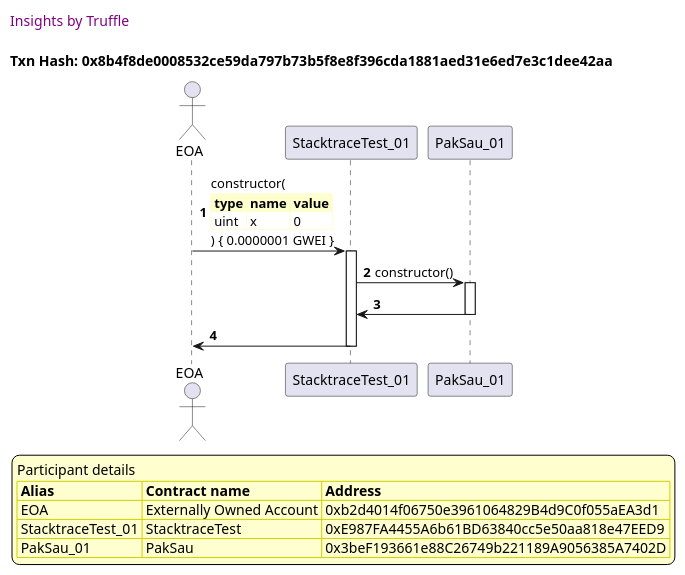
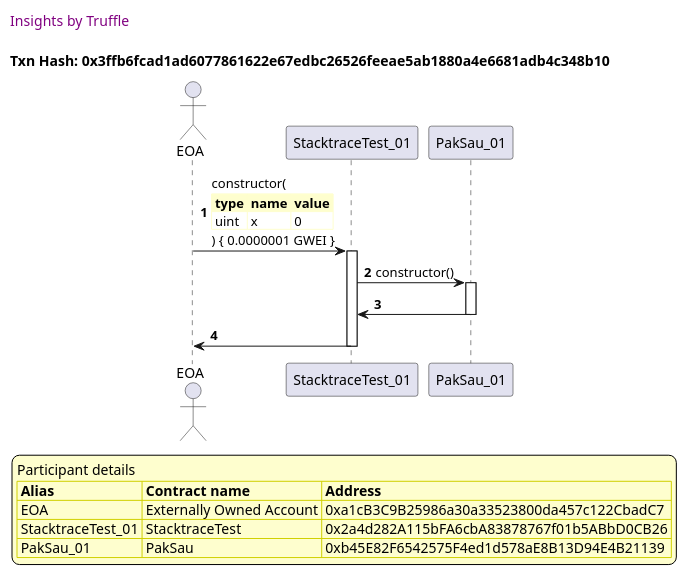
One commit to trufflesuite/txlog-seedlings changed the seventh of 10 diagrams in truffle-seq/stacktrace.test.md. Above: the diagram before and after it, drawn with PlantUML. The commit also changed other lines of this file and 8 other files, not shown here.

````diff
--- a/truffle-seq/stacktrace.test.md
+++ b/truffle-seq/stacktrace.test.md
@@ -391,44 +391,44 @@
 ```plantuml
 
 
 @startuml
 
 autonumber
 skinparam legendBackgroundColor #FEFECE
 
 <style>
       header {
         HorizontalAlignment left
         FontColor purple
         FontSize 14
         Padding 10
       }
     </style>
 
 header Insights by Truffle
 
-title Txn Hash: 0x8b4f8de0008532ce59da797b73b5f8e8f396cda1881aed31e6ed7e3c1dee42aa
+title Txn Hash: 0x3ffb6fcad1ad6077861622e67edbc26526feeae5ab1880a4e6681adb4c348b10
 
 
 actor EOA as "EOA"
 participant StacktraceTest_01 as "StacktraceTest_01"
 participant PakSau_01 as "PakSau_01"
 
 "EOA" -> "StacktraceTest_01" ++: constructor(\n\
 <#FEFECE,#FEFECE>|= type |= name |= value |\n\
 | uint | x | 0 |\n\
 ) { 0.0000001 GWEI }
 "StacktraceTest_01" -> "PakSau_01" ++: constructor()
 "PakSau_01" -> "StacktraceTest_01" --: 
 "StacktraceTest_01" -> "EOA" --: 
 
 legend
 Participant details
 <#FEFECE,#D0D000>|= Alias |= Contract name |= Address |
-<#FEFECE>| EOA | Externally Owned Account | 0xb2d4014f06750e3961064829B4d9C0f055aEA3d1 |
-<#FEFECE>| StacktraceTest_01 | StacktraceTest | 0xE987FA4455A6b61BD63840cc5e50aa818e47EED9 |
-<#FEFECE>| PakSau_01 | PakSau | 0x3beF193661e88C26749b221189A9056385A7402D |
+<#FEFECE>| EOA | Externally Owned Account | 0xa1cB3C9B25986a30a33523800da457c122CbadC7 |
+<#FEFECE>| StacktraceTest_01 | StacktraceTest | 0x2a4d282A115bFA6cbA83878767f01b5ABbD0CB26 |
+<#FEFECE>| PakSau_01 | PakSau | 0xb45E82F6542575F4ed1d578aE8B13D94E4B21139 |
 endlegend
 
 @enduml
 ```
````
